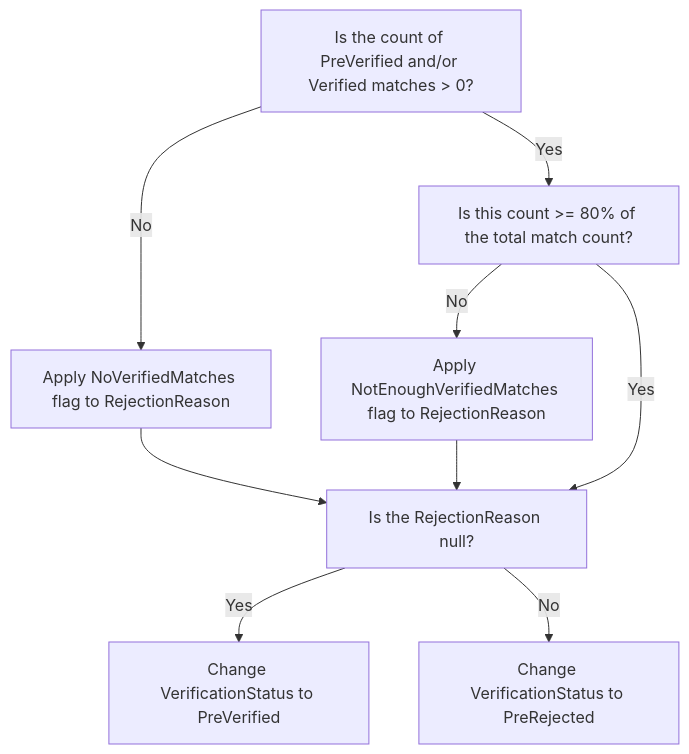
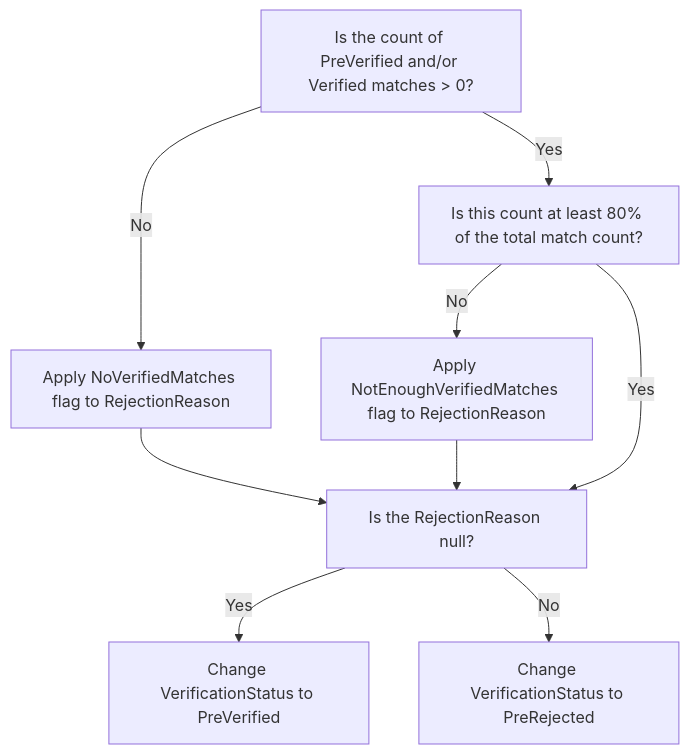
One commit to osu-tournament-rating/otr-docs changed the second of 5 diagrams in docs/topics/Automated-Checks.md. Above: the diagram before and after it, drawn with Mermaid. The commit also changed other lines of this file, not shown here.

Commit message:
Fix another more things

````diff
--- a/docs/topics/Automated-Checks.md
+++ b/docs/topics/Automated-Checks.md
@@ -19,17 +19,17 @@
 ```Mermaid
 flowchart TD;
    A[Is the count of PreVerified and/or Verified matches > 0?]
    B[Apply NoVerifiedMatches flag to RejectionReason]
-   C[Is this count >= 80% of the total match count?]
+   C[Is this count at least 80% of the total match count?]
    D[Apply NotEnoughVerifiedMatches flag to RejectionReason]
    PreTerm[Is the RejectionReason null?]
    TermPositive[Change VerificationStatus to PreVerified]
    TermNegative[Change VerificationStatus to PreRejected]
    
    A -- No --> B --> PreTerm
    A -- Yes --> C
    C -- No --> D --> PreTerm
    C -- Yes --> PreTerm
    PreTerm -- Yes --> TermPositive
    PreTerm -- No --> TermNegative
 ```
````
